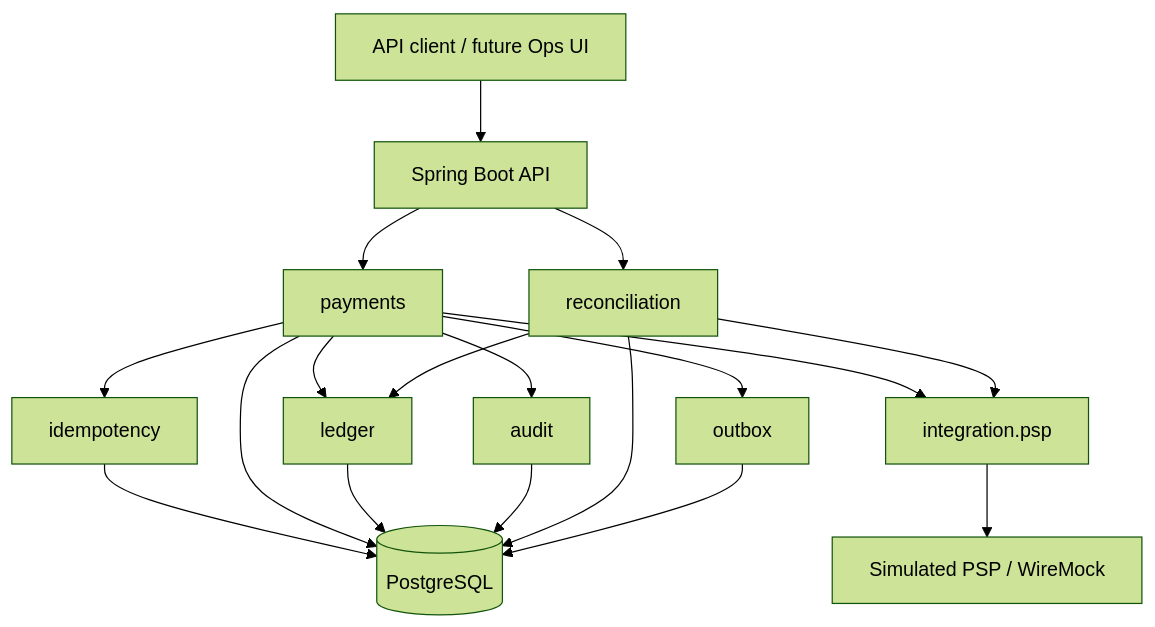
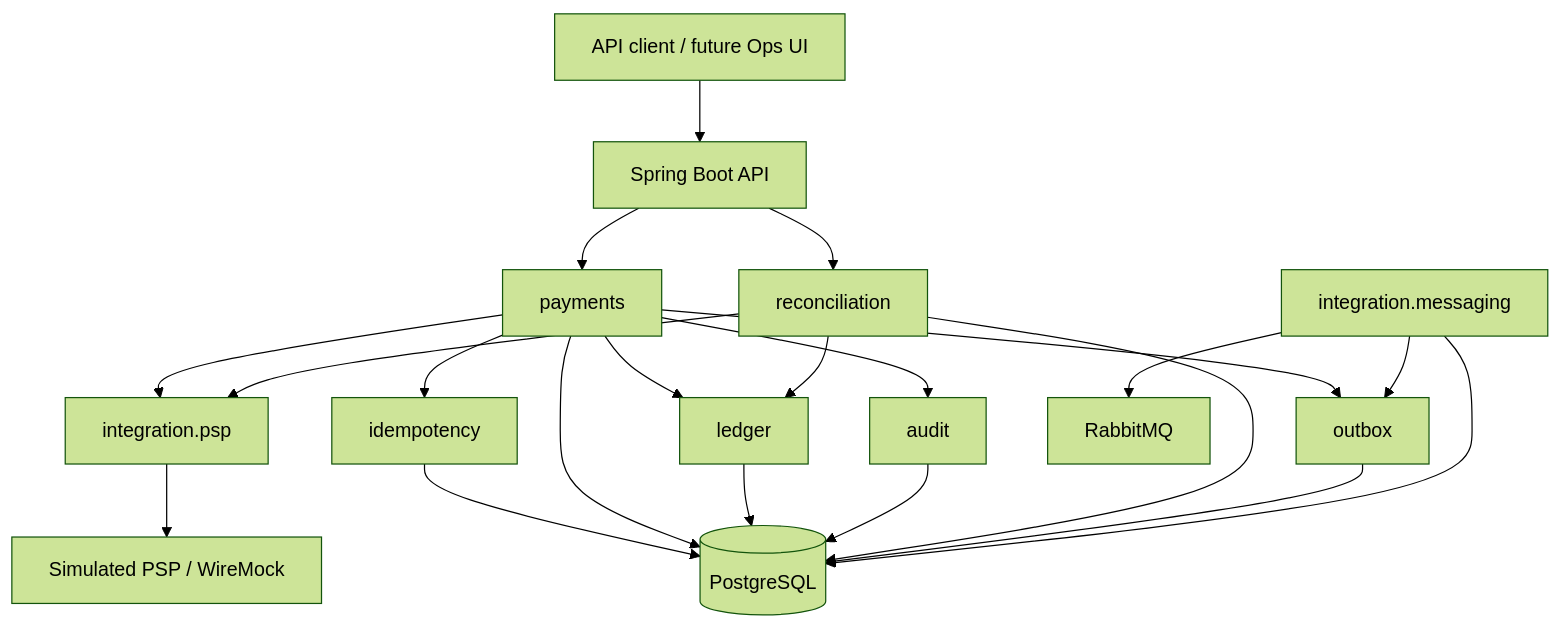
One commit to vinicius-ssantos/sentinel-ledger changed the diagram in README.md. Above: the diagram before and after it, drawn with Mermaid (forest theme). The commit also changed other lines of this file and 20 other files, not shown here.

````diff
--- a/README.md
+++ b/README.md
@@ -125,20 +129,23 @@
 ```mermaid
 flowchart TD
     Client["API client / future Ops UI"] --> API["Spring Boot API"]
     API --> Payments["payments"]
     API --> Reconciliation["reconciliation"]
     Payments --> Idempotency["idempotency"]
     Payments --> PSP["integration.psp"]
     Payments --> Ledger["ledger"]
     Payments --> Audit["audit"]
     Payments --> Outbox["outbox"]
+    Messaging["integration.messaging"] --> Outbox
     Reconciliation --> PSP
     Reconciliation --> Ledger
     Idempotency --> DB[("PostgreSQL")]
     Payments --> DB
     Ledger --> DB
     Audit --> DB
     Reconciliation --> DB
     Outbox --> DB
+    Messaging --> DB
     PSP --> Fake["Simulated PSP / WireMock"]
+    Messaging --> Broker["RabbitMQ"]
 ```
````
